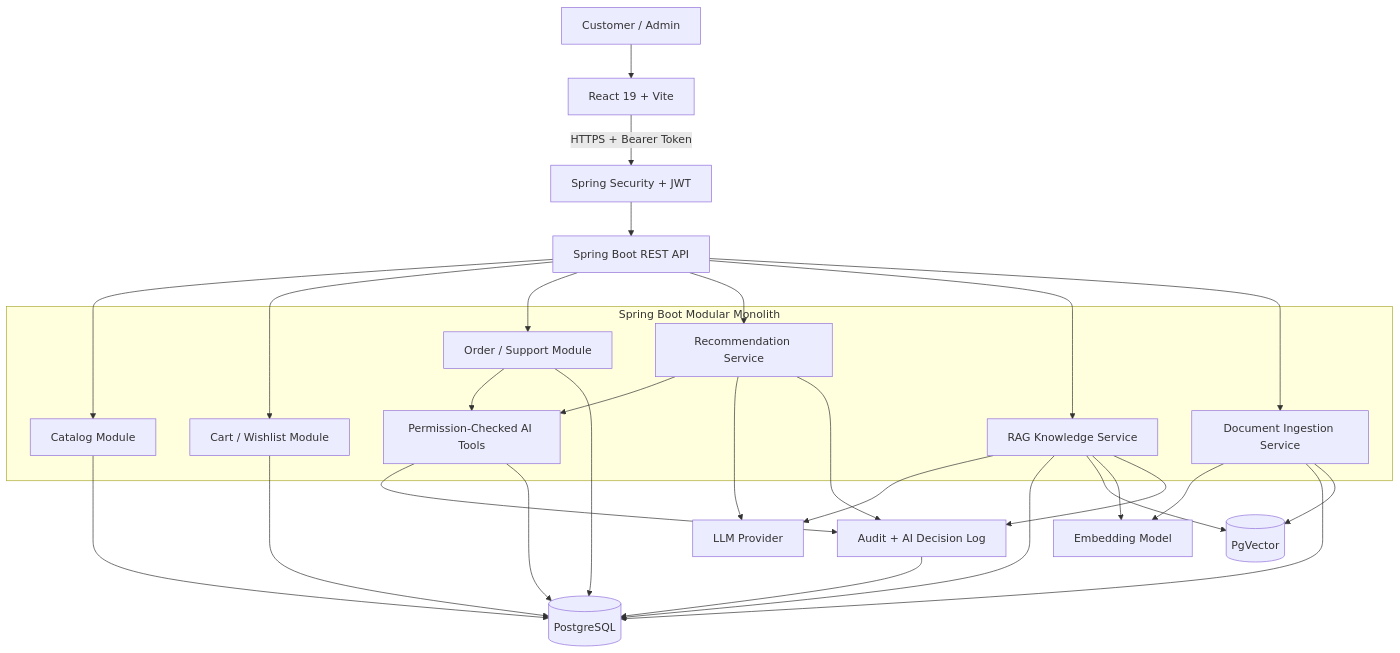
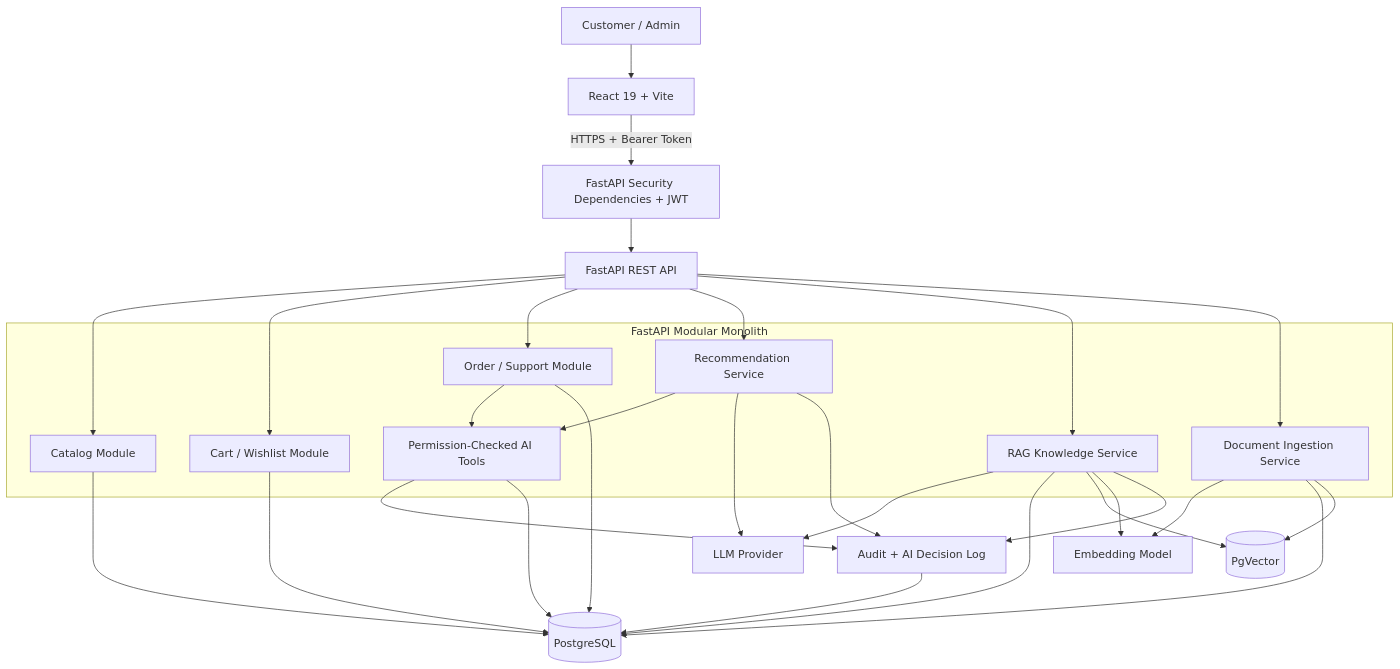
One commit to Git-Kapish/Hack-NullVoid changed the first of 2 diagrams in PRD.md. Above: the diagram before and after it, drawn with Mermaid. The commit also changed other lines of this file, not shown here.

````diff
--- a/PRD.md
+++ b/PRD.md
@@ -348,43 +349,43 @@
 ```mermaid
 flowchart TB
     U[Customer / Admin] --> FE[React 19 + Vite]
-    FE -->|HTTPS + Bearer Token| SEC[Spring Security + JWT]
-    SEC --> API[Spring Boot REST API]
+    FE -->|HTTPS + Bearer Token| SEC[FastAPI Security Dependencies + JWT]
+    SEC --> API[FastAPI REST API]
 
-    subgraph APP[Spring Boot Modular Monolith]
+    subgraph APP[FastAPI Modular Monolith]
         CAT[Catalog Module]
         CART[Cart / Wishlist Module]
         ORD[Order / Support Module]
         REC[Recommendation Service]
         RAG[RAG Knowledge Service]
         ING[Document Ingestion Service]
         TOOLS[Permission-Checked AI Tools]
     end
 
     API --> CAT
     API --> CART
     API --> ORD
     API --> REC
     API --> RAG
     API --> ING
     REC --> TOOLS
     ORD --> TOOLS
 
     REC --> LLM[LLM Provider]
     RAG --> LLM
     ING --> EMB[Embedding Model]
 
     CAT --> DB[(PostgreSQL)]
     CART --> DB
     ORD --> DB
     ING --> DB
     RAG --> DB
     ING --> VEC[(PgVector)]
     RAG --> VEC
     RAG --> EMB
     REC --> AUD[Audit + AI Decision Log]
     RAG --> AUD
     TOOLS --> AUD
     AUD --> DB
     TOOLS --> DB
 ```
````
